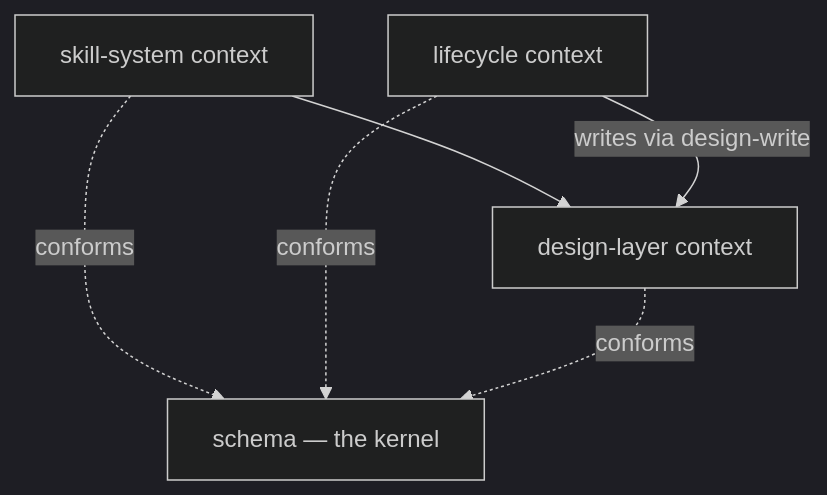
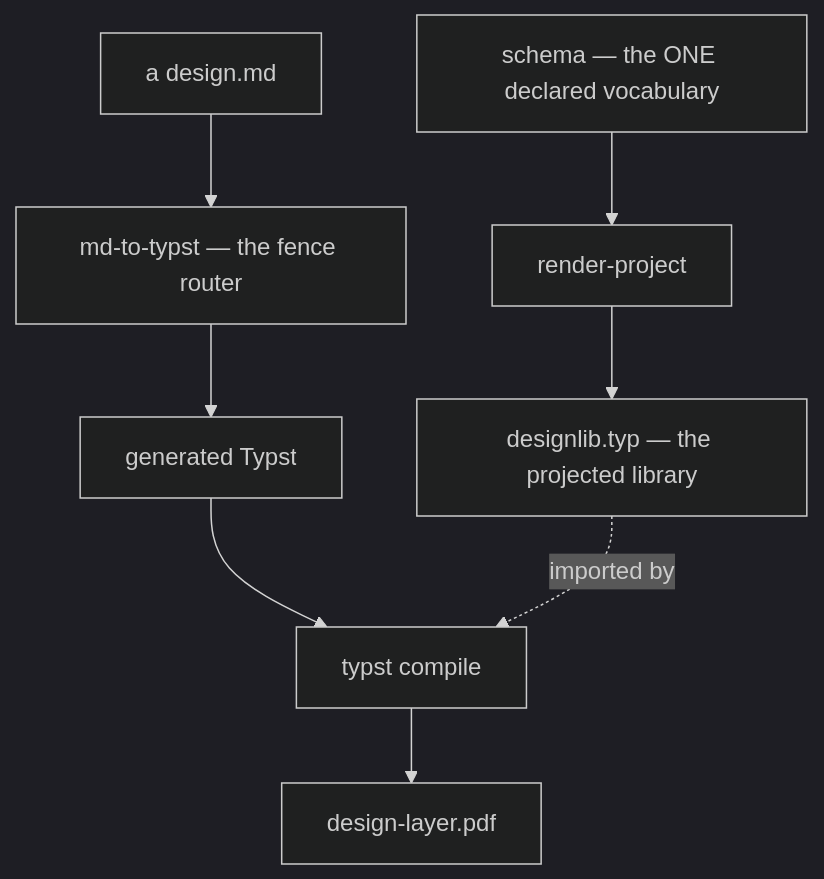
The second of 3 diagrams in fixtures/widget-gallery.md (lostbean/design-layer), drawn with Mermaid (dark theme) before and after one commit. The commit also changed other lines of this file, not shown here.

````diff
--- a/fixtures/widget-gallery.md
+++ b/fixtures/widget-gallery.md
@@ -353,8 +356,10 @@
 ```mermaid
 graph TD
-    SS["skill-system context"] --> DL["design-layer context"]
-    LC["lifecycle context"] -->|writes via design-write| DL
-    SS -.conforms.-> K["schema — the kernel"]
-    LC -.conforms.-> K
-    DL -.conforms.-> K
+    S["schema — the ONE declared vocabulary"] --> P["render-project"]
+    P --> L["designlib.typ — the projected library"]
+    M["a design.md"] --> R["md-to-typst — the fence router"]
+    R --> G["generated Typst"]
+    G --> C["typst compile"]
+    L -.imported by.-> C
+    C --> PDF["design-layer.pdf"]
 ```
````
